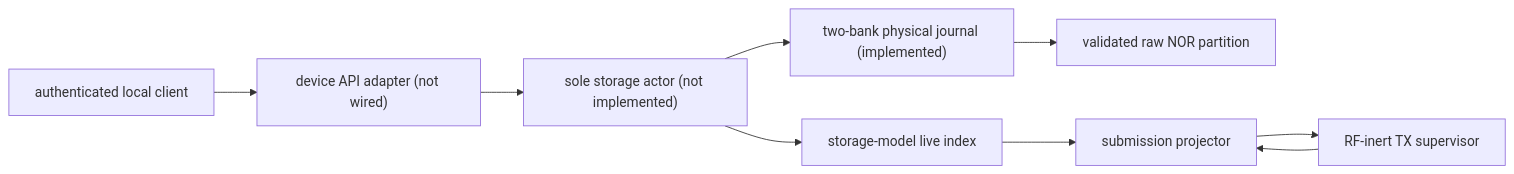
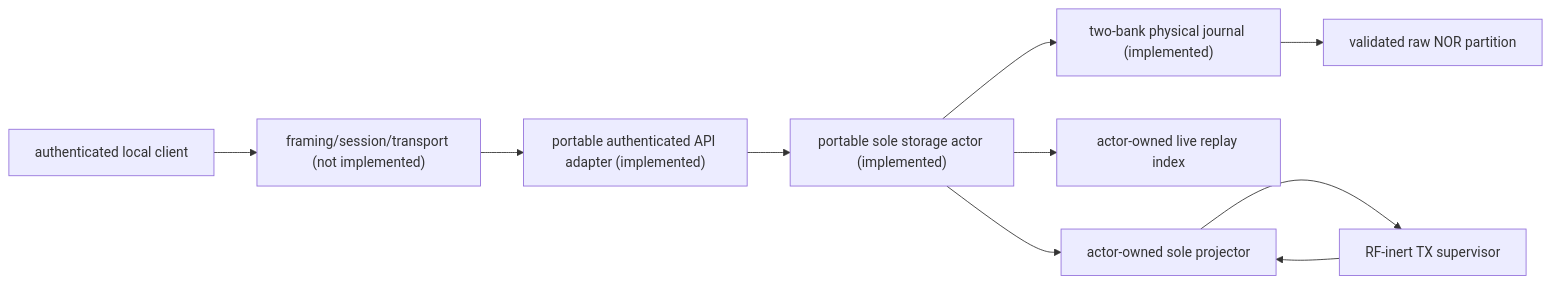
The first of 2 diagrams in docs/durable-submissions.md (evelant/reticulum-rs-firmware), drawn with Mermaid before and after one commit. The commit also changed other lines of this file and 23 other files, not shown here.

Commit message:
feat: add durable storage owner and API adapter

````diff
--- a/docs/durable-submissions.md
+++ b/docs/durable-submissions.md
@@ -37,11 +51,12 @@
 ```mermaid
 flowchart LR
-    Client["authenticated local client"] --> API["device API adapter (not wired)"]
-    API --> Store["sole storage actor (not implemented)"]
+    Client["authenticated local client"] --> Transport["framing/session/transport (not implemented)"]
+    Transport --> API["portable authenticated API adapter (implemented)"]
+    API --> Store["portable sole storage actor (implemented)"]
     Store --> Journal["two-bank physical journal (implemented)"]
     Journal --> Flash["validated raw NOR partition"]
-    Store --> Model["storage-model live index"]
-    Model --> Projector["submission projector"]
+    Store --> Model["actor-owned live replay index"]
+    Store --> Projector["actor-owned sole projector"]
     Projector --> Supervisor["RF-inert TX supervisor"]
     Supervisor --> Projector
 ```
````
